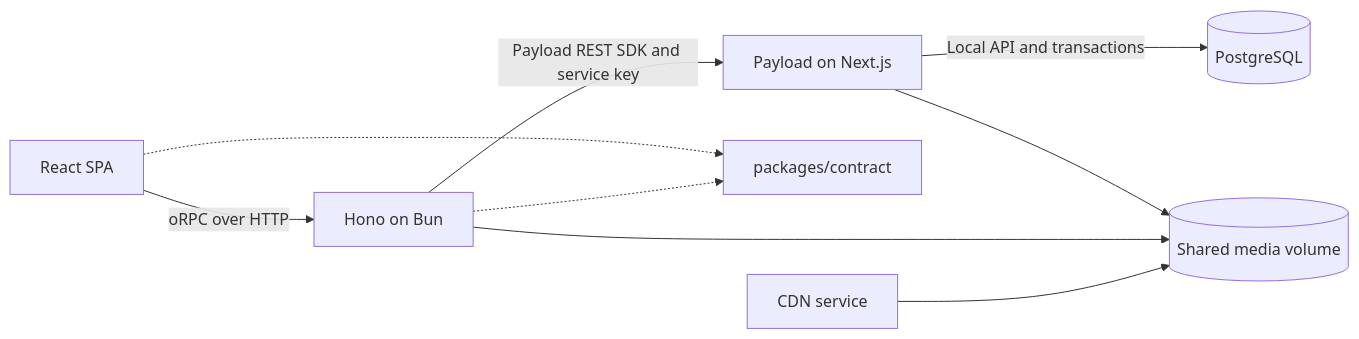
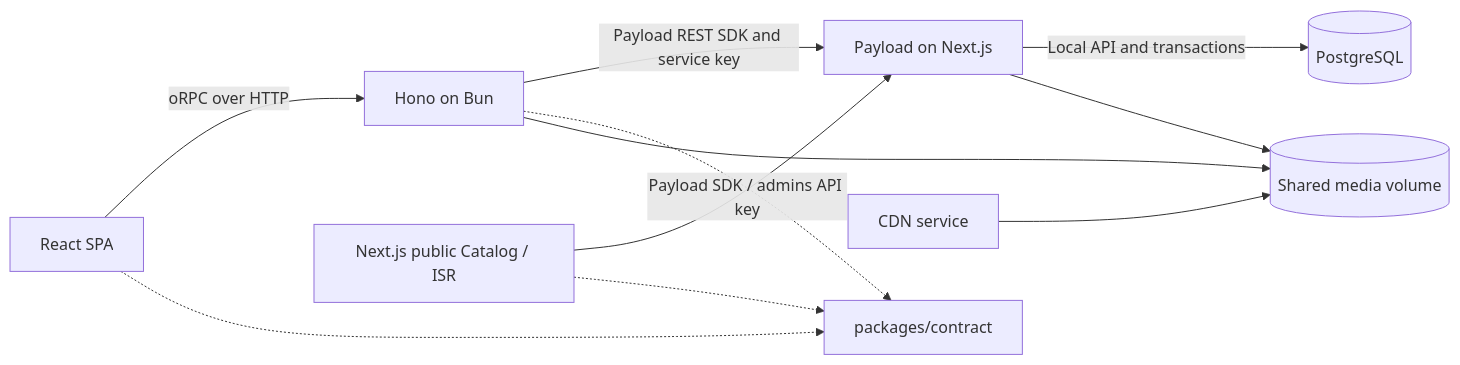
One commit to gecut/persianpartshop.ir changed the diagram in docs/05-architecture-and-contracts.md. Above: the diagram before and after it, drawn with Mermaid. The commit also changed other lines of this file and 20 other files, not shown here.

````diff
--- a/docs/05-architecture-and-contracts.md
+++ b/docs/05-architecture-and-contracts.md
@@ -7,11 +7,13 @@
 ```mermaid
 flowchart LR
     Web[React SPA] -->|oRPC over HTTP| API[Hono on Bun]
+    Catalog[Next.js public Catalog / ISR] -->|Payload SDK / admins API key| CMS
     API -->|Payload REST SDK and service key| CMS[Payload on Next.js]
     CMS -->|Local API and transactions| DB[(PostgreSQL)]
     Web -.-> Contract[packages/contract]
     API -.-> Contract
+    Catalog -.-> Contract
     CMS --> Media[(Shared media volume)]
     API --> Media
     CDN[CDN service] --> Media
 ```
````
